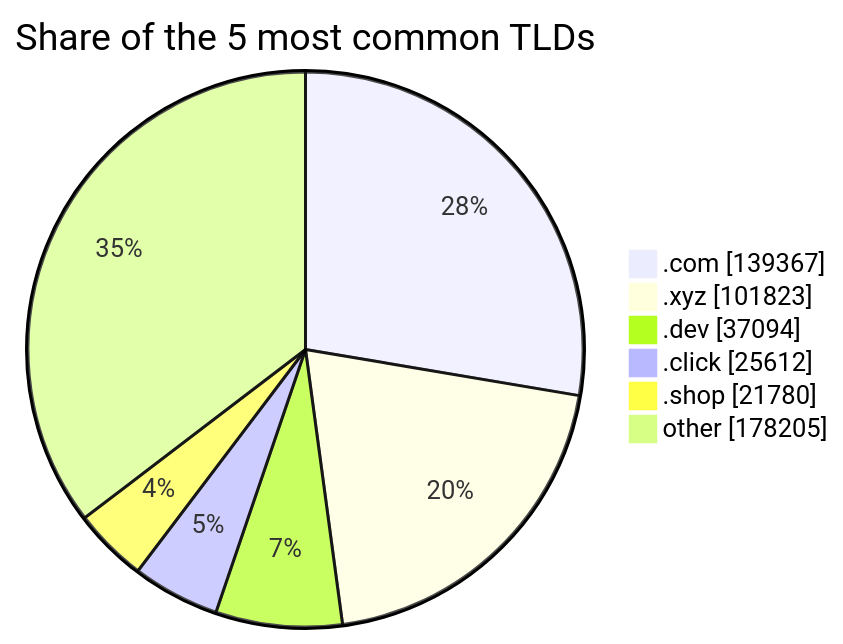
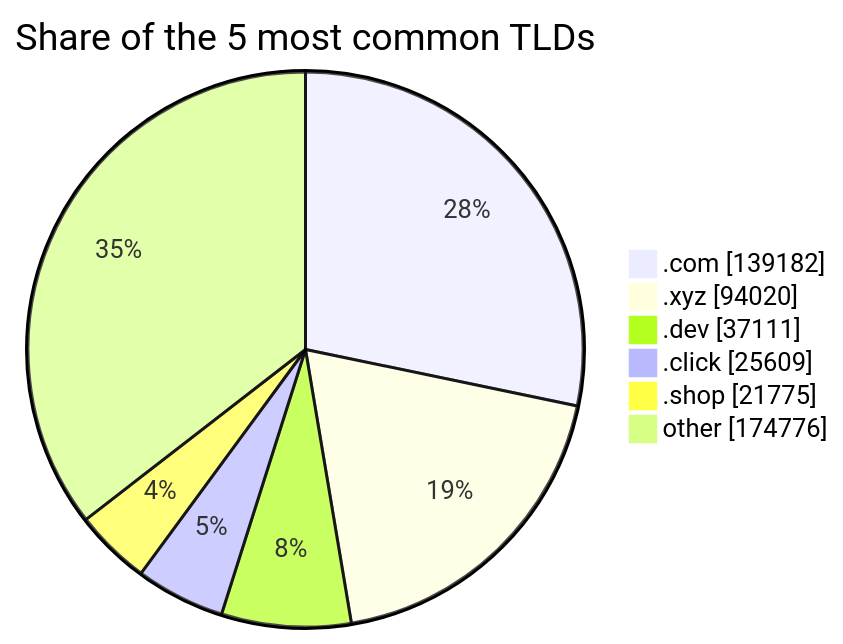
Before and after one commit to DNSBunker/CTI: the third of 3 diagrams in README.md, drawn with Mermaid. The commit also changed other lines of this file and 3 other files, not shown here.

````diff
--- a/README.md
+++ b/README.md
@@ -81,9 +81,9 @@
 ```mermaid
 pie showData title Share of the 5 most common TLDs
-    ".com" : 139367
-    ".xyz" : 101823
-    ".dev" : 37094
-    ".click" : 25612
-    ".shop" : 21780
-    "other" : 178205
+    ".com" : 139182
+    ".xyz" : 94020
+    ".dev" : 37111
+    ".click" : 25609
+    ".shop" : 21775
+    "other" : 174776
 ```
````
